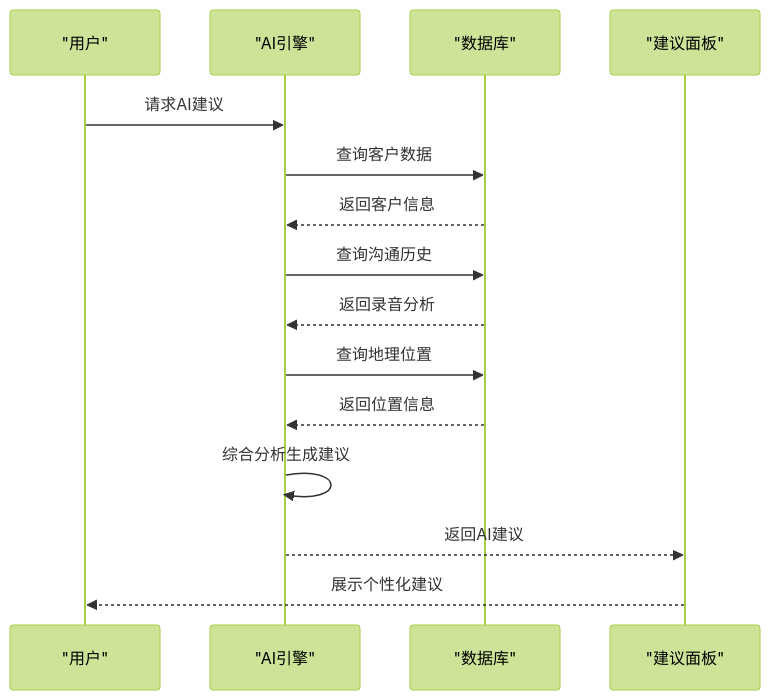
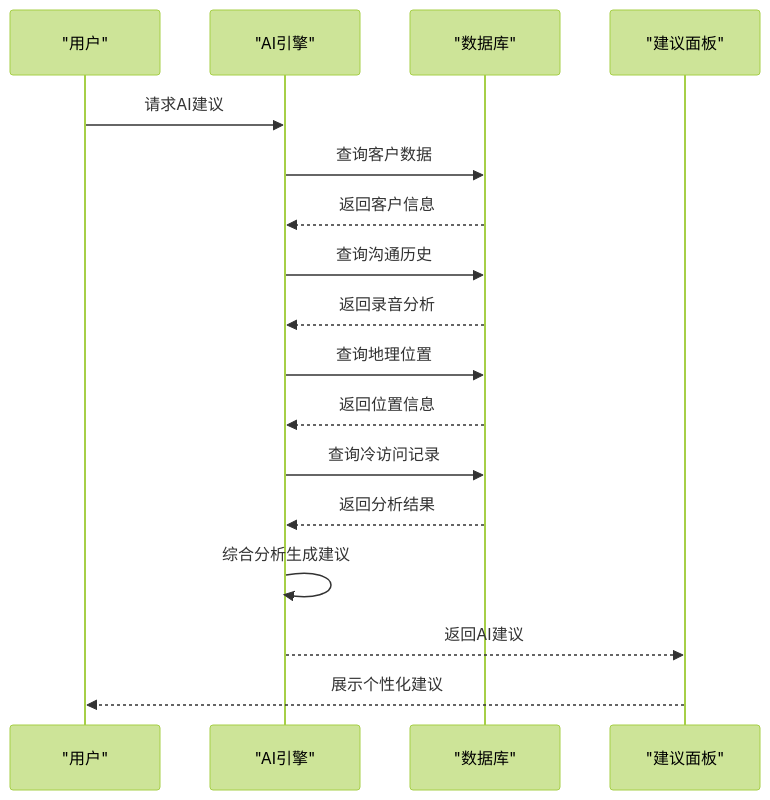
The ninth of 11 diagrams in .qoder/repowiki/zh/content/核心组件/日程管理组件 (DailySchedule).md (xianjianshenqu/SalesFlow-CRM), drawn with Mermaid (forest theme) before and after one commit. The commit also changed other lines of this file and 9 other files, not shown here.

````diff
--- a/.qoder/repowiki/zh/content/核心组件/日程管理组件 (DailySchedule).md
+++ b/.qoder/repowiki/zh/content/核心组件/日程管理组件 (DailySchedule).md
@@ -289,17 +415,19 @@
 ```mermaid
 sequenceDiagram
 participant U as "用户"
 participant AI as "AI引擎"
 participant DB as "数据库"
 participant S as "建议面板"
 U->>AI : 请求AI建议
 AI->>DB : 查询客户数据
 DB-->>AI : 返回客户信息
 AI->>DB : 查询沟通历史
 DB-->>AI : 返回录音分析
 AI->>DB : 查询地理位置
 DB-->>AI : 返回位置信息
+AI->>DB : 查询冷访问记录
+DB-->>AI : 返回分析结果
 AI->>AI : 综合分析生成建议
 AI-->>S : 返回AI建议
 S-->>U : 展示个性化建议
 ```
````
